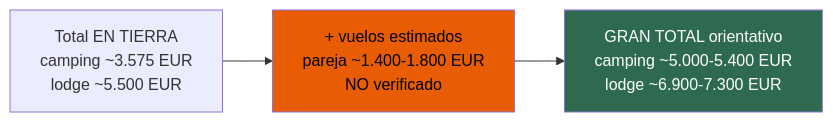
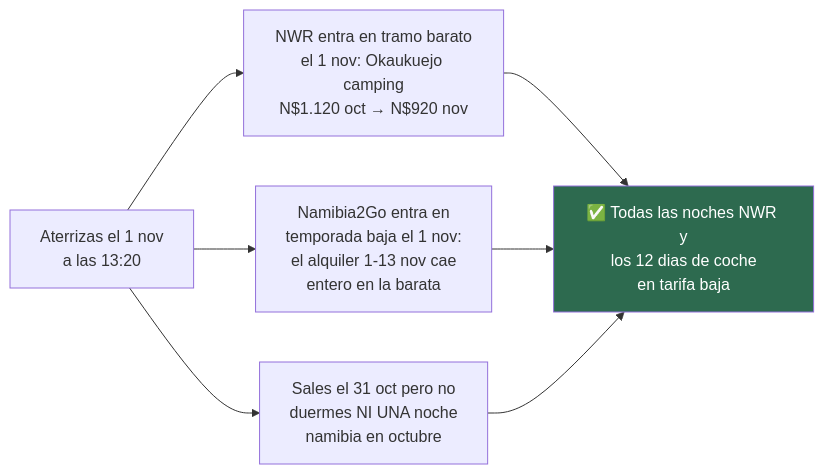
One commit to morandeirachema/namibia changed the fourth of 5 diagrams in 10-presupuesto.md. Above: the diagram before and after it, drawn with Mermaid. The commit also changed other lines of this file, not shown here.

Commit message:
Rehacer el presupuesto sobre la Variante E y los precios cerrados: Budget, vuelo real y seguro IATI

````diff
--- a/10-presupuesto.md
+++ b/10-presupuesto.md
@@ -260,7 +249,10 @@
 ```mermaid
 flowchart LR
-    T["Total EN TIERRA<br/>camping ~3.575 EUR<br/>lodge ~5.500 EUR"] --> V["+ vuelos estimados<br/>pareja ~1.400-1.800 EUR<br/>NO verificado"]
-    V --> G["GRAN TOTAL orientativo<br/>camping ~5.000-5.400 EUR<br/>lodge ~6.900-7.300 EUR"]
-    style V fill:#e85d04,color:#000
-    style G fill:#2d6a4f,color:#fff
+    A["Aterrizas el 1 nov<br/>a las 13:20"] --> B["NWR entra en tramo barato<br/>el 1 nov: Okaukuejo camping<br/>N$1.120 oct → N$920 nov"]
+    A --> C["Namibia2Go entra en<br/>temporada baja el 1 nov:<br/>el alquiler 1-13 nov cae<br/>entero en la barata"]
+    A --> D["Sales el 31 oct pero no<br/>duermes NI UNA noche<br/>namibia en octubre"]
+    B --> E["✅ Todas las noches NWR y<br/>los 12 dias de coche<br/>en tarifa baja"]
+    C --> E
+    D --> E
+    style E fill:#2d6a4f,color:#fff
 ```
````
